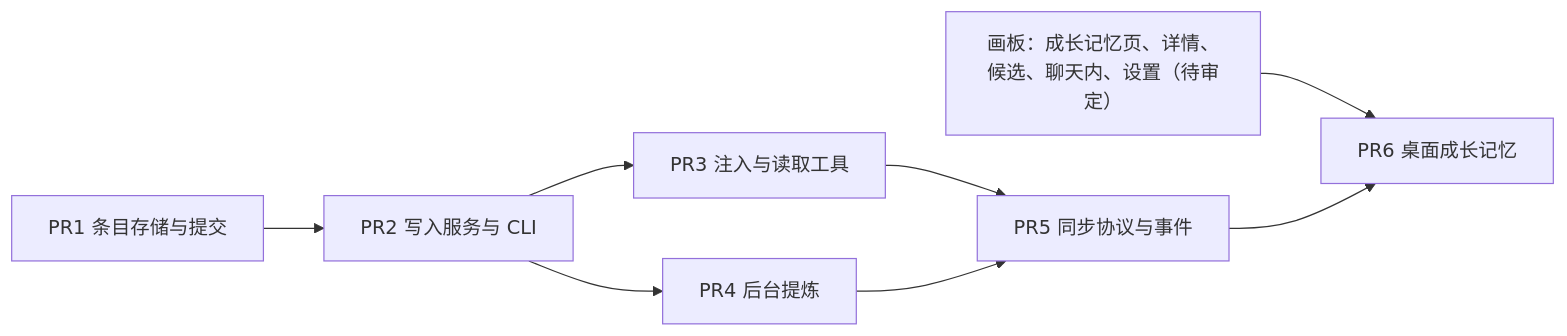
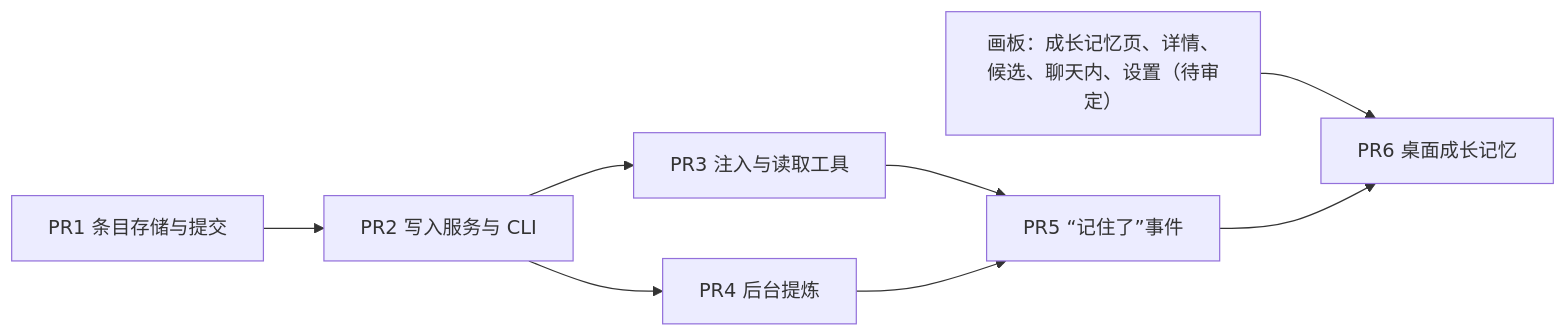
The diagram in docs/plans/m4b-overview.md (yangflow/hoplet), drawn with Mermaid before and after one commit. The commit also changed other lines of this file and 2 other files, not shown here.

Commit message:
docs(memory): record the saved event

````diff
--- a/docs/plans/m4b-overview.md
+++ b/docs/plans/m4b-overview.md
@@ -42,10 +42,10 @@
 ```mermaid
 flowchart LR
     P1["PR1 条目存储与提交"] --> P2["PR2 写入服务与 CLI"]
     P2 --> P3["PR3 注入与读取工具"]
     P2 --> P4["PR4 后台提炼"]
-    P3 --> P5["PR5 同步协议与事件"]
+    P3 --> P5["PR5 “记住了”事件"]
     P4 --> P5
     C["画板：成长记忆页、详情、候选、聊天内、设置（待审定）"] --> P6
     P5 --> P6["PR6 桌面成长记忆"]
 ```
````
